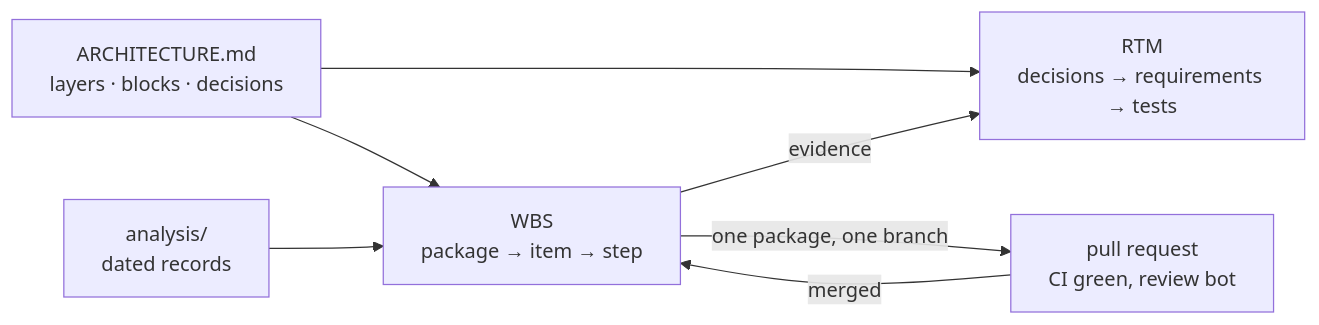
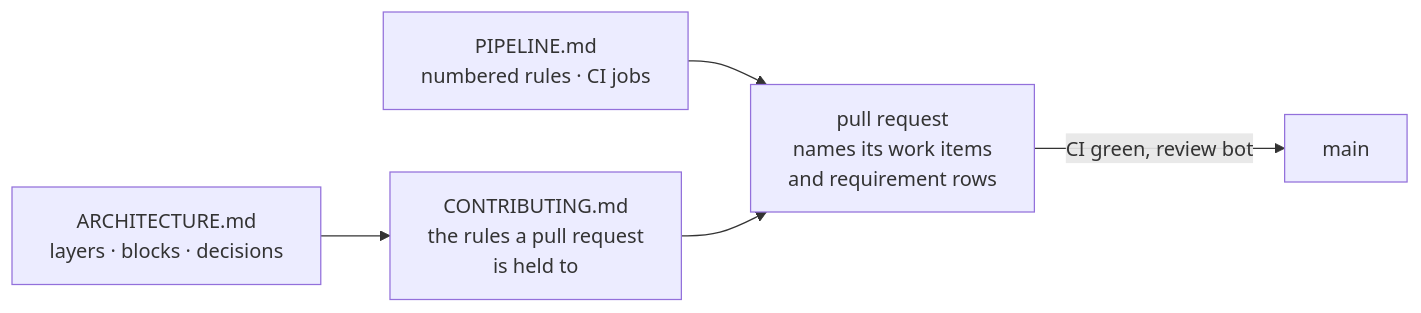
The diagram in development/README.md (Aptix-Bio/Iris-File-Extension), drawn with Mermaid before and after one commit. The commit also changed other lines of this file and 42 other files, not shown here.

````diff
--- a/development/README.md
+++ b/development/README.md
@@ -20,9 +15,7 @@
 ```mermaid
 flowchart LR
-    ARCH["ARCHITECTURE.md<br/>layers · blocks · decisions"] --> WBS["WBS<br/>package → item → step"]
-    AN["analysis/<br/>dated records"] --> WBS
-    ARCH --> RTM["RTM<br/>decisions → requirements → tests"]
-    WBS -->|"evidence"| RTM
-    WBS -->|"one package, one branch"| PR["pull request<br/>CI green, review bot"]
-    PR -->|"merged"| WBS
+    ARCH["ARCHITECTURE.md<br/>layers · blocks · decisions"] --> C["CONTRIBUTING.md<br/>the rules a pull request<br/>is held to"]
+    PL["PIPELINE.md<br/>numbered rules · CI jobs"] --> PR["pull request<br/>names its work items<br/>and requirement rows"]
+    C --> PR
+    PR -->|"CI green, review bot"| M["main"]
 ```
````
